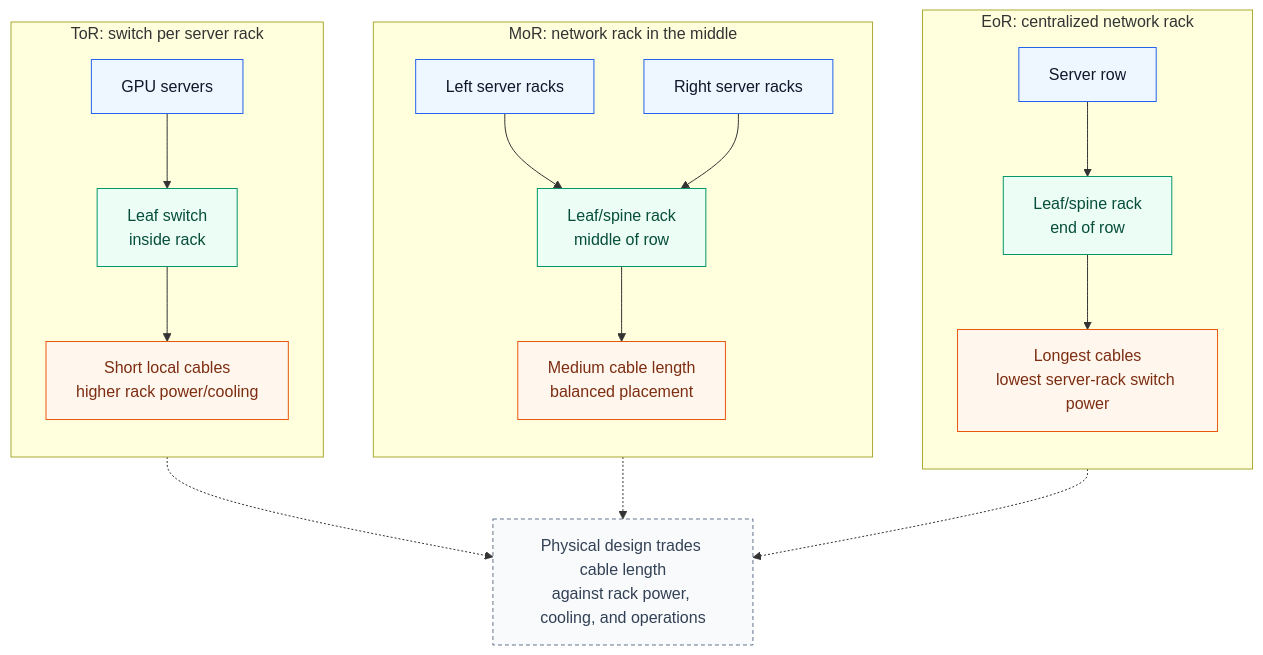
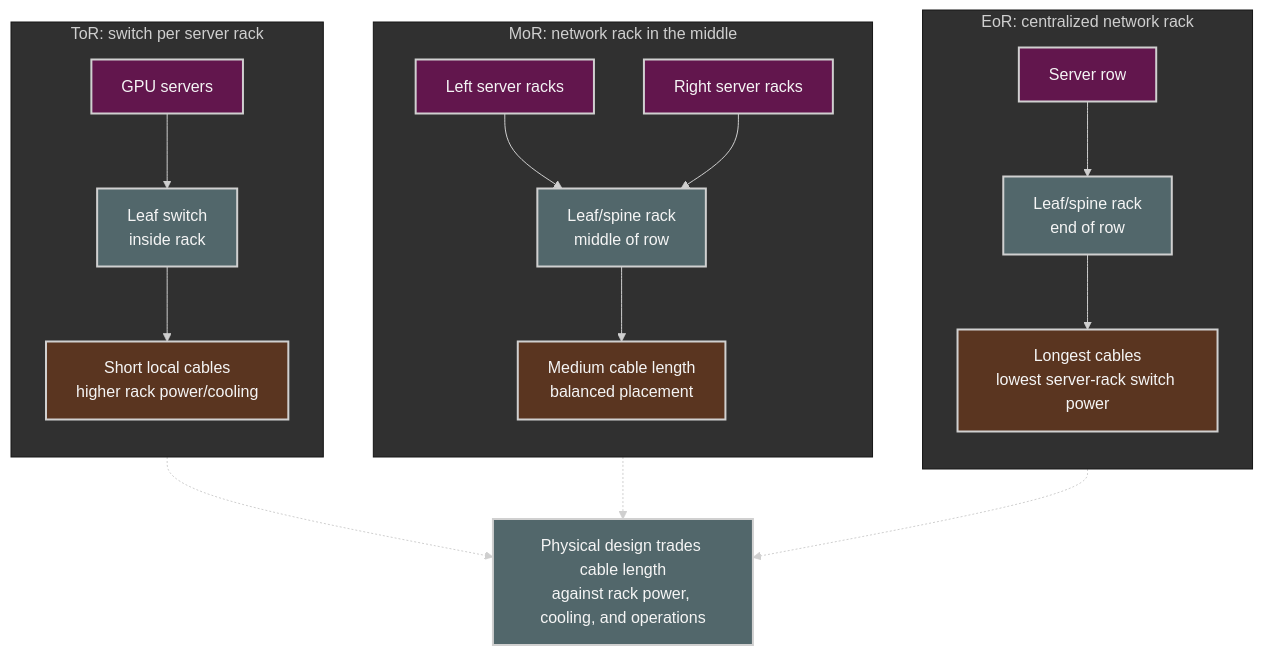
One commit to ziwon/ai-data-center-network changed the tenth of 17 diagrams in ai-data-center-network/chap03/README.md. Above: the diagram before and after it, drawn with Mermaid. The commit also changed other lines of this file and 35 other files, not shown here.

Commit message:
docs(mermaid): apply dark diagram style

````diff
--- a/ai-data-center-network/chap03/README.md
+++ b/ai-data-center-network/chap03/README.md
@@ -745,41 +754,42 @@
 ```mermaid
+%%{init: {"theme": "base", "themeVariables": {"background": "#171717", "primaryColor": "#232323", "primaryTextColor": "#f5f5f5", "primaryBorderColor": "#d0d0d0", "lineColor": "#cfcfcf", "fontFamily": "Inter, Arial, sans-serif"}}}%%
 flowchart TB
-    classDef server fill:#eef6ff,stroke:#2563eb,color:#0f172a
-    classDef network fill:#ecfdf5,stroke:#059669,color:#064e3b
-    classDef cable fill:#fff7ed,stroke:#ea580c,color:#7c2d12
-    classDef note fill:#f8fafc,stroke:#64748b,stroke-dasharray:4 3,color:#334155
+    classDef server fill:#62164d,stroke:#d0d0d0,color:#f5f5f5,stroke-width:2px;
+    classDef network fill:#52676b,stroke:#d0d0d0,color:#f5f5f5,stroke-width:2px;
+    classDef cable fill:#5a3520,stroke:#d0d0d0,color:#f5f5f5,stroke-width:2px;
+    classDef note fill:#52676b,stroke:#d0d0d0,color:#f5f5f5,stroke-width:2px;
 
     subgraph TOR["ToR: switch per server rack"]
         direction TB
         TSW[Leaf switch<br/>inside rack]:::network
         TS[GPU servers]:::server
         TC[Short local cables<br/>higher rack power/cooling]:::cable
         TS --> TSW
         TSW --> TC
     end
 
     subgraph MOR["MoR: network rack in the middle"]
         direction TB
         MS1[Left server racks]:::server
         MSW[Leaf/spine rack<br/>middle of row]:::network
         MS2[Right server racks]:::server
         MC[Medium cable length<br/>balanced placement]:::cable
         MS1 --> MSW
         MS2 --> MSW
         MSW --> MC
     end
 
     subgraph EOR["EoR: centralized network rack"]
         direction TB
         ES[Server row]:::server
         ESW[Leaf/spine rack<br/>end of row]:::network
         EC[Longest cables<br/>lowest server-rack switch power]:::cable
         ES --> ESW
         ESW --> EC
     end
 
     N[Physical design trades cable length<br/>against rack power, cooling, and operations]:::note
     TOR -.-> N
     MOR -.-> N
     EOR -.-> N
 ```
````
